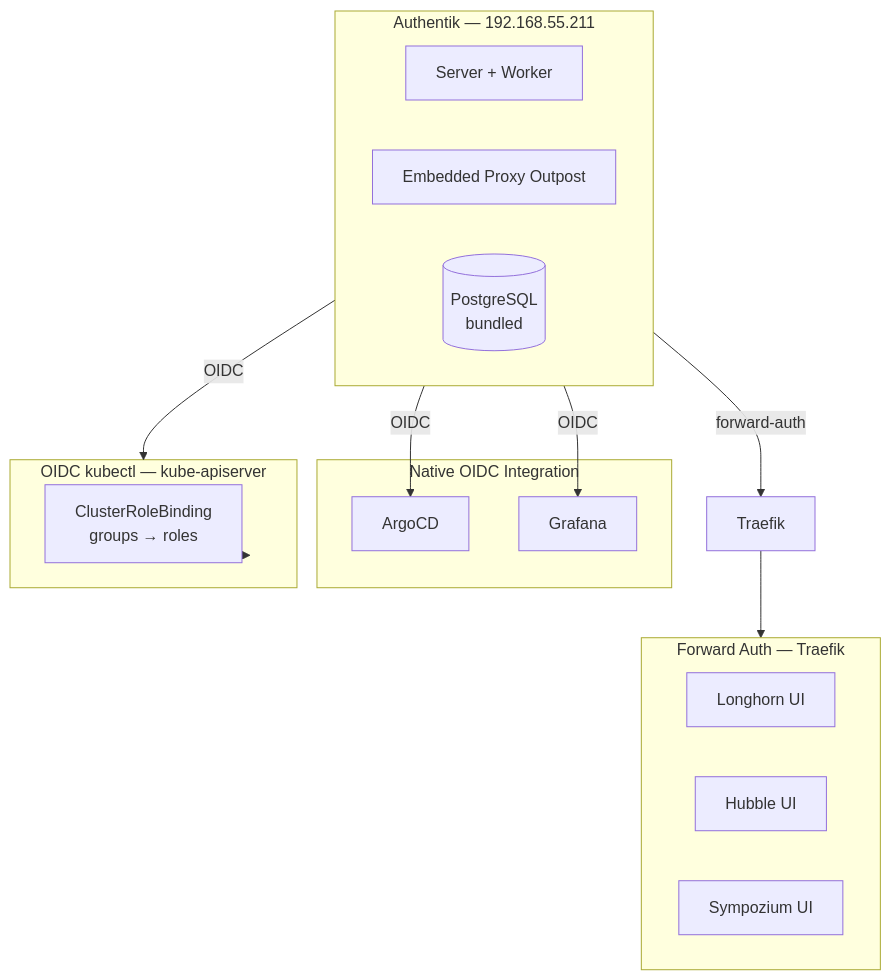
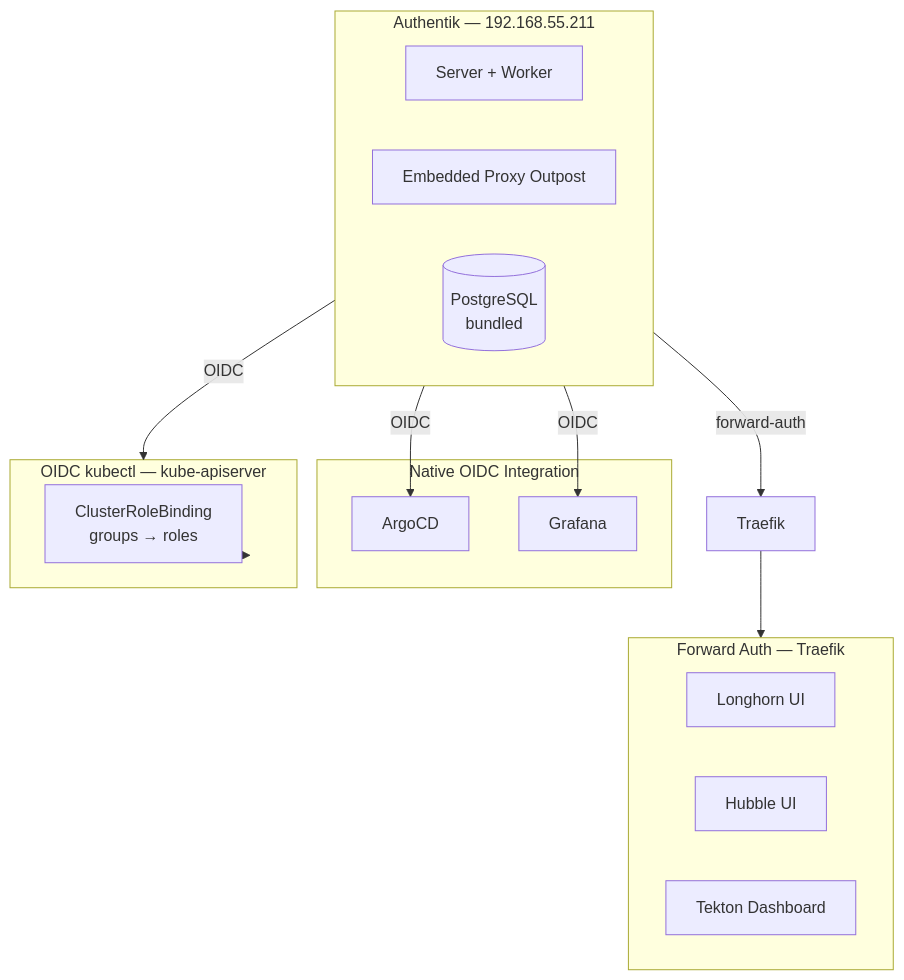
The diagram in blog/content/docs/building/13-unified-auth/index.md (derio-net/frank), drawn with Mermaid before and after one commit. The commit also changed other lines of this file and 7 other files, not shown here.

````diff
--- a/blog/content/docs/building/13-unified-auth/index.md
+++ b/blog/content/docs/building/13-unified-auth/index.md
@@ -21,27 +21,27 @@
 ```mermaid
 flowchart TD
   subgraph IdP[Authentik — 192.168.55.211]
     Server[Server + Worker]
     Outpost[Embedded Proxy Outpost]
     PG[(PostgreSQL<br/>bundled)]
   end
   subgraph OIDC[Native OIDC Integration]
     ArgoCD[ArgoCD]
     Grafana[Grafana]
   end
   subgraph Proxy[Forward Auth — Traefik]
     Longhorn[Longhorn UI]
     Hubble[Hubble UI]
-    Sympozium[Sympozium UI]
+    Tekton[Tekton Dashboard]
   end
   subgraph K8s[OIDC kubectl — kube-apiserver]
     RBAC[ClusterRoleBinding<br/>groups → roles]
   end
 
   IdP -->|OIDC| ArgoCD
   IdP -->|OIDC| Grafana
   IdP -->|forward-auth| Traefik
   Traefik --> Proxy
   IdP -->|OIDC| K8s
   K8s --> RBAC
 ```
````
